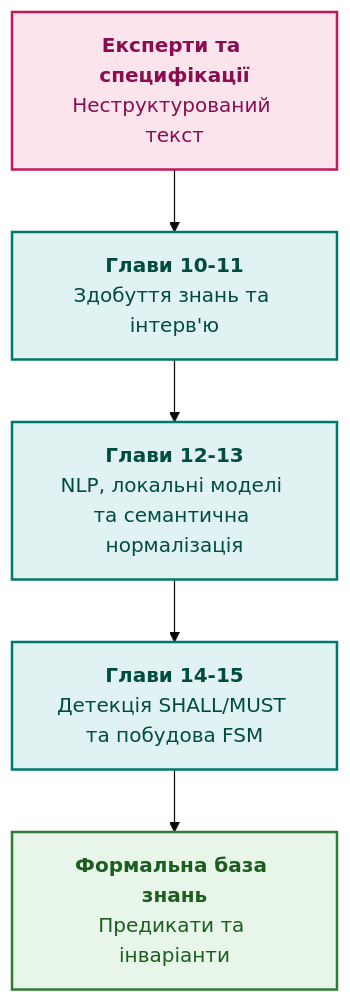
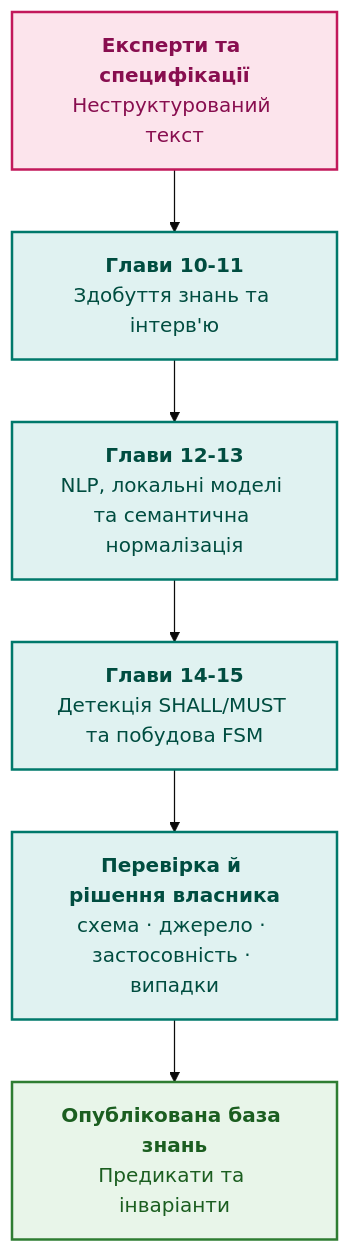
Before and after one commit to nick-fedchik/articles: the diagram in ExpertSystem/part-03-knowledge-engineering-nlp.md, drawn with Mermaid (base theme). The commit also changed other lines of this file and 20 other files, not shown here.

````diff
--- a/ExpertSystem/part-03-knowledge-engineering-nlp.md
+++ b/ExpertSystem/part-03-knowledge-engineering-nlp.md
@@ -24,18 +24,19 @@
 ```mermaid
 flowchart TD
     accTitle: Пайплайн інженерії знань Частини III
     accDescr: Етапи вилучення знань від інтерв'ювання та NLP до парсингу вимог і синтезу FSM.
 
     E["<b>Експерти та специфікації</b><br/>Неструктурований текст"] --> KAS["<b>Глави 10-11</b><br/>Здобуття знань та інтерв'ю"]
     KAS --> NLP["<b>Глави 12-13</b><br/>NLP, локальні моделі та семантична нормалізація"]
     NLP --> EXT["<b>Глави 14-15</b><br/>Детекція SHALL/MUST та побудова FSM"]
-    EXT --> KB["<b>Формальна база знань</b><br/>Предикати та інваріанти"]
+    EXT --> REVIEW["<b>Перевірка й рішення власника</b><br/>схема · джерело · застосовність · випадки"]
+    REVIEW --> KB["<b>Опублікована база знань</b><br/>Предикати та інваріанти"]
 
     classDef src fill:#fce4ec,stroke:#c2185b,stroke-width:2px,color:#880e4f;
     classDef step fill:#e0f2f1,stroke:#00796b,stroke-width:2px,color:#004d40;
     classDef out fill:#e8f5e9,stroke:#2e7d32,stroke-width:2px,color:#1b5e20;
 
     class E src;
-    class KAS,NLP,EXT step;
+    class KAS,NLP,EXT,REVIEW step;
     class KB out;
 ```
````
